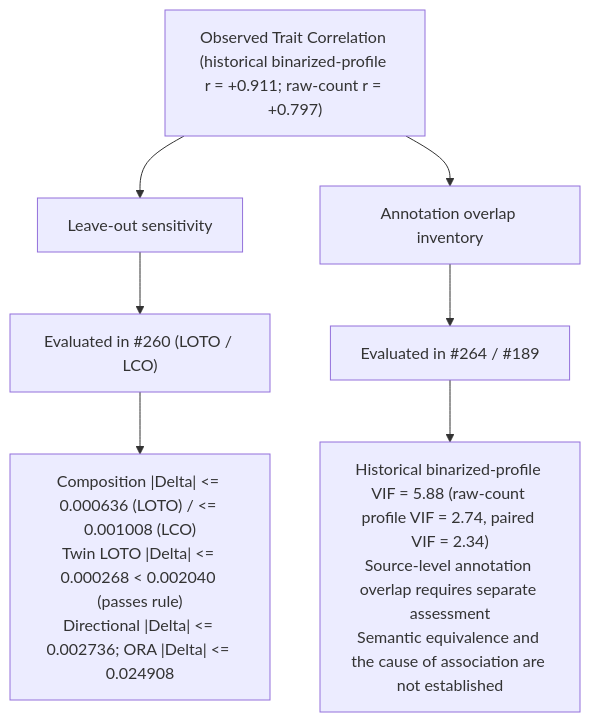
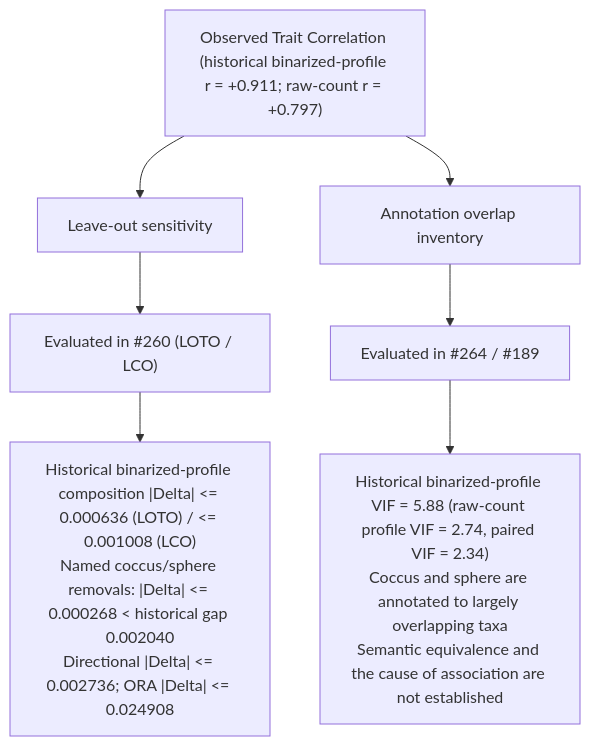
The diagram in methods/trait_coupling_sensitivity.md (CultureBotAI/microbial-trait-profiling), drawn with Mermaid before and after one commit. The commit also changed other lines of this file and 4 other files, not shown here.

````diff
--- a/methods/trait_coupling_sensitivity.md
+++ b/methods/trait_coupling_sensitivity.md
@@ -178,9 +179,9 @@
 ```mermaid
 flowchart TD
     A["Observed Trait Correlation (historical binarized-profile r = +0.911; raw-count r = +0.797)"] --> B["Leave-out sensitivity"]
     A --> C["Annotation overlap inventory"]
     B --> D["Evaluated in #260 (LOTO / LCO)"]
     C --> E["Evaluated in #264 / #189"]
-    D --> F["Composition |Delta| <= 0.000636 (LOTO) / <= 0.001008 (LCO)<br/>Twin LOTO |Delta| <= 0.000268 < 0.002040 (passes rule)<br/>Directional |Delta| <= 0.002736; ORA |Delta| <= 0.024908"]
-    E --> G["Historical binarized-profile VIF = 5.88 (raw-count profile VIF = 2.74, paired VIF = 2.34)<br/>Source-level annotation overlap requires separate assessment<br/>Semantic equivalence and the cause of association are not established"]
+    D --> F["Historical binarized-profile composition |Delta| <= 0.000636 (LOTO) / <= 0.001008 (LCO)<br/>Named coccus/sphere removals: |Delta| <= 0.000268 < historical gap 0.002040<br/>Directional |Delta| <= 0.002736; ORA |Delta| <= 0.024908"]
+    E --> G["Historical binarized-profile VIF = 5.88 (raw-count profile VIF = 2.74, paired VIF = 2.34)<br/>Coccus and sphere are annotated to largely overlapping taxa<br/>Semantic equivalence and the cause of association are not established"]
 ```
````
